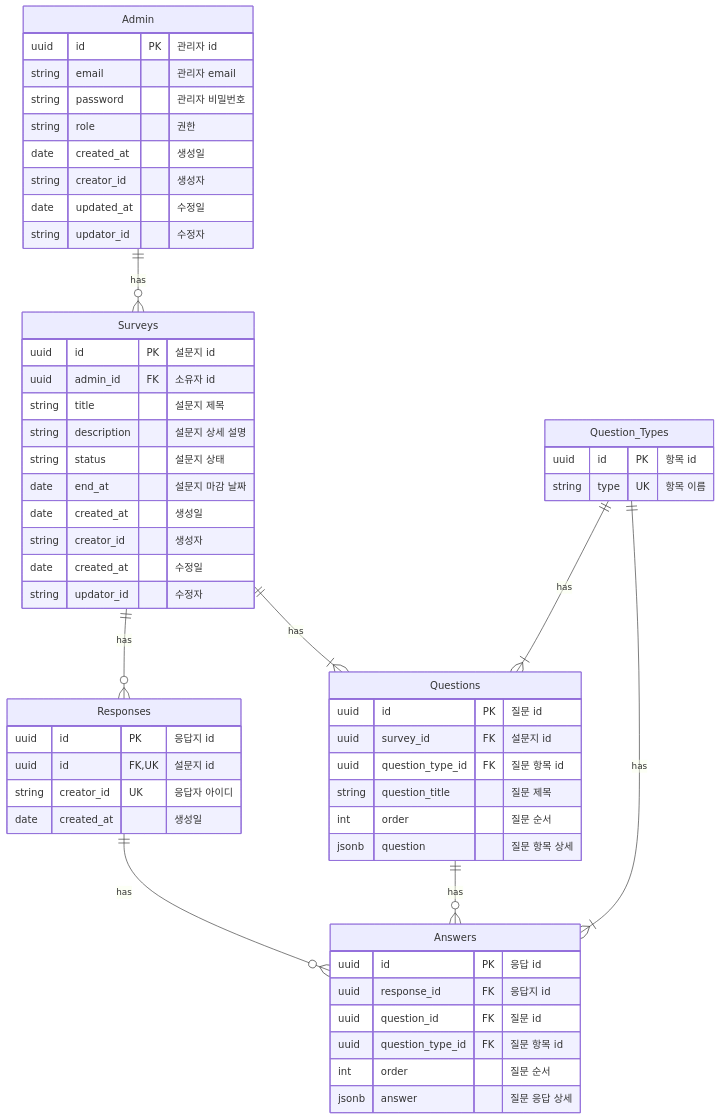
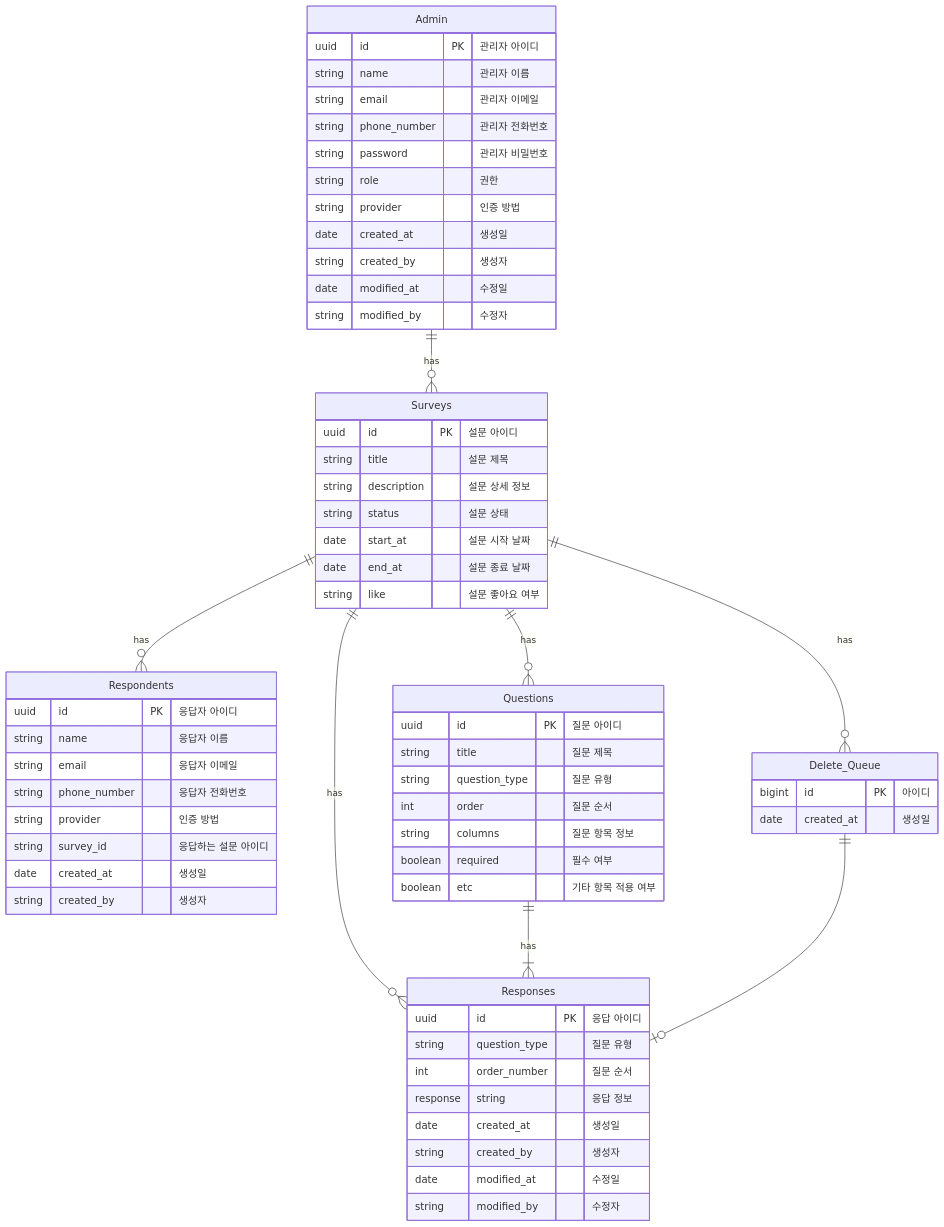
One commit to mcnc-survey/Server changed the diagram in docs/schema.mermaid. Above: the diagram before and after it, drawn with Mermaid. The commit also changed other lines of this file, not shown here.

Commit message:
docs: erd mermaid

```diff
--- a/docs/schema.mermaid
+++ b/docs/schema.mermaid
@@ -1,99 +1,69 @@
-%%- Admin
-%%- Surveys
-%%- Question_Types
-%%- Questions
-%%- Responses
-%%- Answers
-
-%%-    Books {
-%%-        int id PK "서적 ID"
-%%-        string title "서적 제목"
-%%-        string publisher "출판사"
-%%-        date publishedDate "출판일"
-%%-    }
-%%-
-%%-    Authors {
-%%-        int id PK "저자 ID"
-%%-        string name "저자 이름"
-%%-    }
-%%-
-%%-    Reviews {
-%%-        int id PK "리뷰 ID"
-%%-        int bookID FK "서적 ID"
-%%-        string content "리뷰 내용"
-%%-        float rating "평점"
-%%-        date createdDate "작성일"
-%%-    }
-%%-
-%%-    BooksAuthors {
-%%-        int bookId FK "서적 ID"
-%%-        int authorId FK "저자 ID"
-%%-    }
-%%-
-%%-    Books ||--o{ Reviews : "has"
-%%-    Books ||--|{ BooksAuthors : "has"
-%%-    Authors ||--|{ BooksAuthors : "writes"
-
 erDiagram
     Admin {
-        uuid id PK "관리자 id"
-        string email "관리자 email"
+        uuid id PK "관리자 아이디"
+        string name "관리자 이름"
+        string email "관리자 이메일"
+        string phone_number "관리자 전화번호"
         string password "관리자 비밀번호"
         string role "권한"
+        string provider "인증 방법"
         date created_at "생성일"
-        string creator_id "생성자"
-        date updated_at "수정일"
-        string updator_id "수정자"
+        string created_by "생성자"
+        date modified_at "수정일"
+        string modified_by "수정자"
+    }
+
+    Respondents {
+        uuid id PK "응답자 아이디"
+        string name "응답자 이름"
+        string email "응답자 이메일"
+        string phone_number "응답자 전화번호"
+        string provider "인증 방법"
+        string survey_id "응답하는 설문 아이디"
+        date created_at "생성일"
+        string created_by "생성자"
+    }
+
+    Responses {
+        uuid id PK "응답 아이디"
+        string question_type "질문 유형"
+        int order_number "질문 순서"
+        response string "응답 정보"
+        date created_at "생성일"
+        string created_by "생성자"
+        date modified_at "수정일"
+        string modified_by "수정자"
+    }
+
+    Delete_Queue {
+        bigint id PK "아이디"
+        date created_at "생성일"
     }
 
     Surveys {
-        uuid id PK "설문지 id"
-        uuid admin_id FK "소유자 id"
-        string title "설문지 제목"
-        string description "설문지 상세 설명"
-        string status "설문지 상태"
-        date end_at "설문지 마감 날짜"
-        date created_at "생성일"
-        string creator_id "생성자"
-        date created_at "수정일"
-        string updator_id "수정자"
-    }
-
-    Question_Types {
-        uuid id PK "항목 id"
-        string type UK "항목 이름"
+        uuid id PK "설문 아이디"
+        string title "설문 제목"
+        string description "설문 상세 정보"
+        string status "설문 상태"
+        date start_at "설문 시작 날짜"
+        date end_at "설문 종료 날짜"
+        string like "설문 좋아요 여부"
     }
 
     Questions {
-        uuid id PK "질문 id"
-        uuid survey_id FK "설문지 id"
-        uuid question_type_id FK "질문 항목 id"
-        string question_title "질문 제목"
+        uuid id PK "질문 아이디"
+        string title "질문 제목"
+        string question_type "질문 유형"
         int order "질문 순서"
-        jsonb question "질문 항목 상세"
+        string columns "질문 항목 정보"
+        boolean required "필수 여부"
+        boolean etc "기타 항목 적용 여부"
     }
 
-    Responses {
-        uuid id PK "응답지 id"
-        uuid id FK, UK "설문지 id"
-        string creator_id UK "응답자 아이디"
-        date created_at "생성일"
-    }
-
-    Answers {
-        uuid id PK "응답 id"
-        uuid response_id FK "응답지 id"
-        uuid question_id FK "질문 id"
-        uuid question_type_id FK "질문 항목 id"
-        int order "질문 순서"
-        jsonb answer "질문 응답 상세"
-    }
-
-
     Admin ||--o{ Surveys : "has"
+    Surveys ||--o{ Respondents : "has"
+    Surveys ||--o{ Questions : "has"
     Surveys ||--o{ Responses : "has"
-    Surveys ||--|{ Questions : "has"
-    Question_Types ||--|{ Questions: "has"
-    Question_Types ||--|{ Answers: "has"
-    Responses ||--o{ Answers: "has"
-    Questions ||--o{ Answers: "has"
+    Surveys ||--o{ Delete_Queue : "has"
+    Questions ||--|{ Responses : "has"
+    Delete_Queue ||--o| Responses : ""
```
